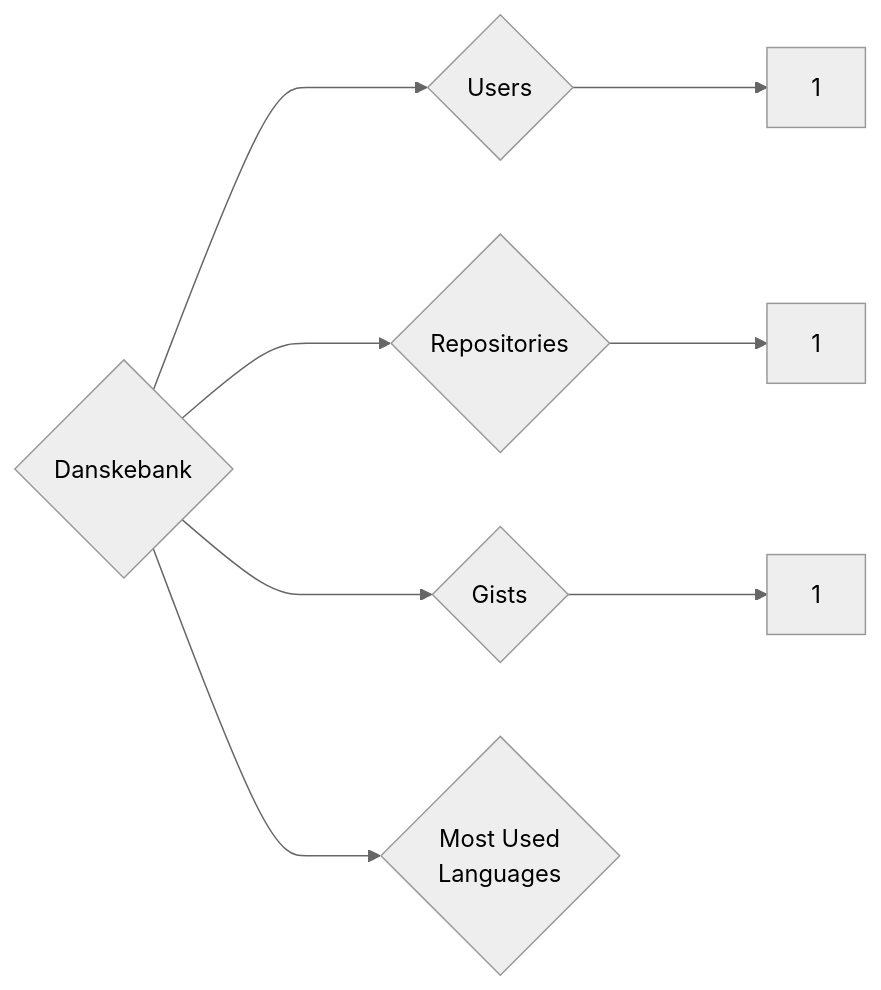
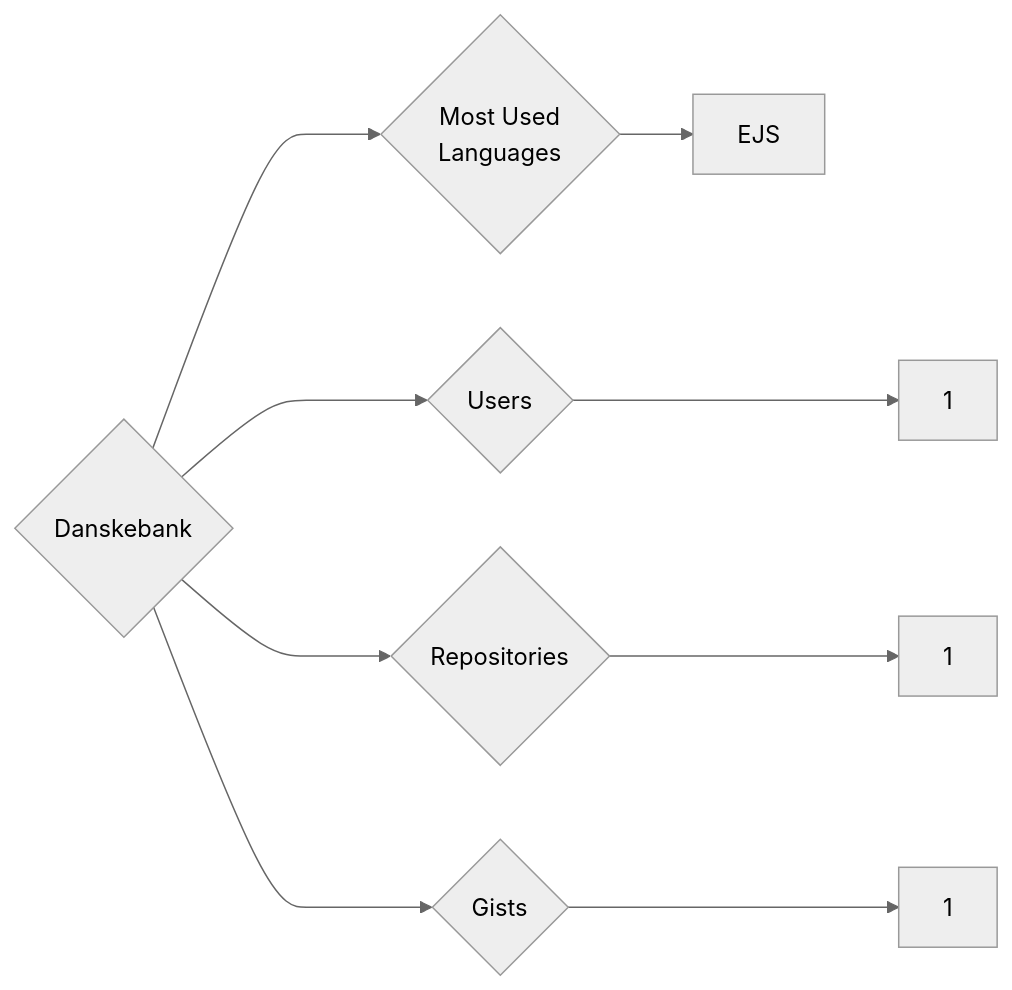
Before and after one commit to trickest/insiders: the diagram in targets/Danskebank/README.md, drawn with Mermaid (neutral theme). The commit also changed 1078 other files, not shown here.

````diff
--- a/targets/Danskebank/README.md
+++ b/targets/Danskebank/README.md
@@ -3,8 +3,9 @@
 ```mermaid
 graph LR
 COMPANY_NAME{Danskebank}
 COMPANY_NAME ---> U{Users} ---> UN[1]
 COMPANY_NAME ---> R{Repositories} ---> RN[1]
 COMPANY_NAME ---> G{Gists} ---> GN[1]
 COMPANY_NAME ---> ML{Most Used<br>Languages}
+ML --> EJS[EJS]
 ```
````
